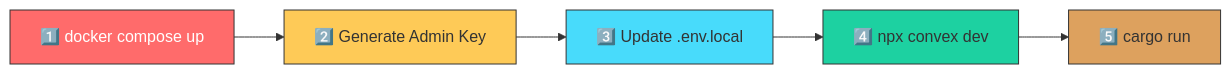
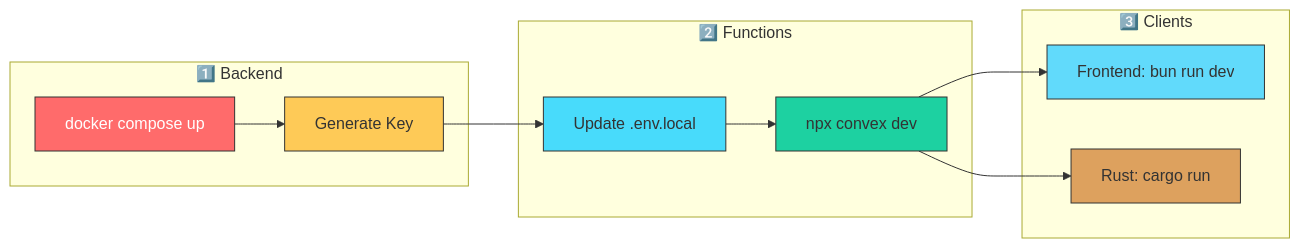
Before and after one commit to sabry-awad97/convex-notes: the second of 5 diagrams in README.md, drawn with Mermaid. The commit also changed other lines of this file and 5 other files, not shown here.

````diff
--- a/README.md
+++ b/README.md
@@ -113,13 +152,23 @@
 ```mermaid
 flowchart LR
-    A["1️⃣ docker compose up"] --> B["2️⃣ Generate Admin Key"]
-    B --> C["3️⃣ Update .env.local"]
-    C --> D["4️⃣ npx convex dev"]
-    D --> E["5️⃣ cargo run"]
+    subgraph "1️⃣ Backend"
+        A[docker compose up] --> B[Generate Key]
+    end
+
+    subgraph "2️⃣ Functions"
+        B --> C[Update .env.local]
+        C --> D[npx convex dev]
+    end
+
+    subgraph "3️⃣ Clients"
+        D --> E[Frontend: bun run dev]
+        D --> F[Rust: cargo run]
+    end
 
     style A fill:#ff6b6b,stroke:#333,color:#fff
     style B fill:#feca57,stroke:#333,color:#333
     style C fill:#48dbfb,stroke:#333,color:#333
     style D fill:#1dd1a1,stroke:#333,color:#333
-    style E fill:#dda15e,stroke:#333,color:#333
+    style E fill:#61dafb,stroke:#333,color:#333
+    style F fill:#dda15e,stroke:#333,color:#333
 ```
````
